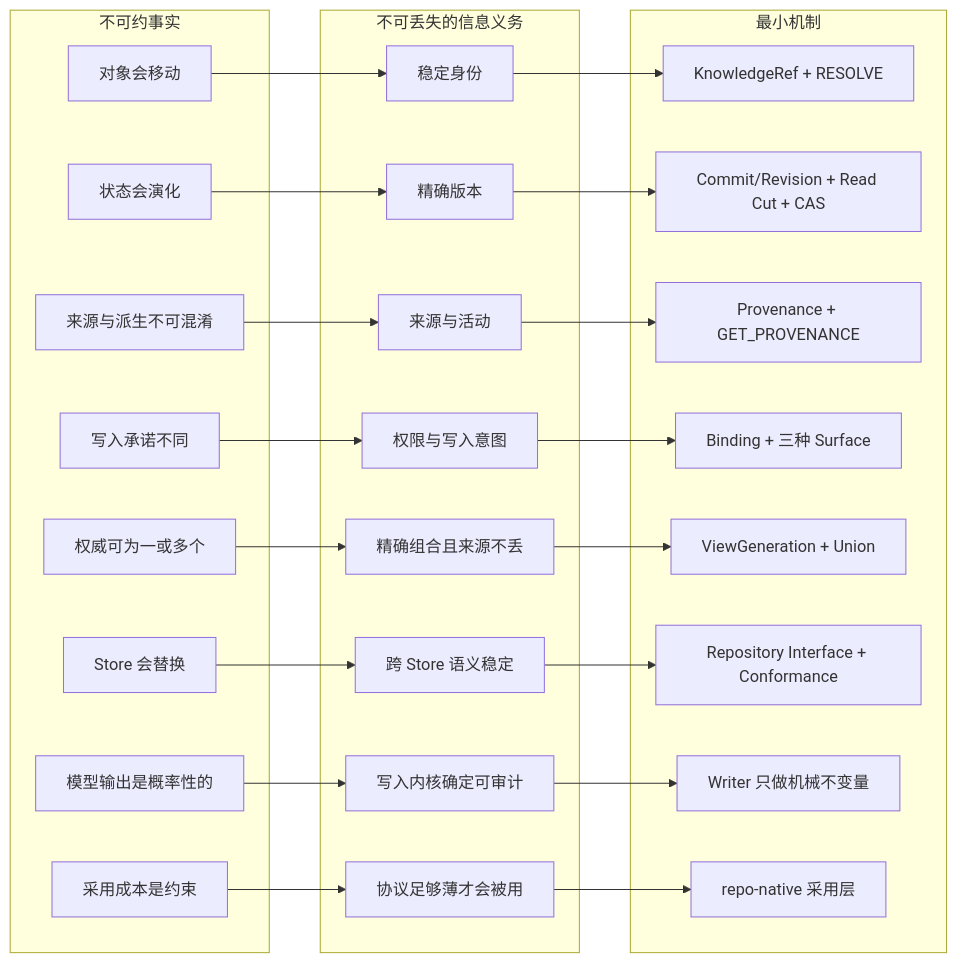
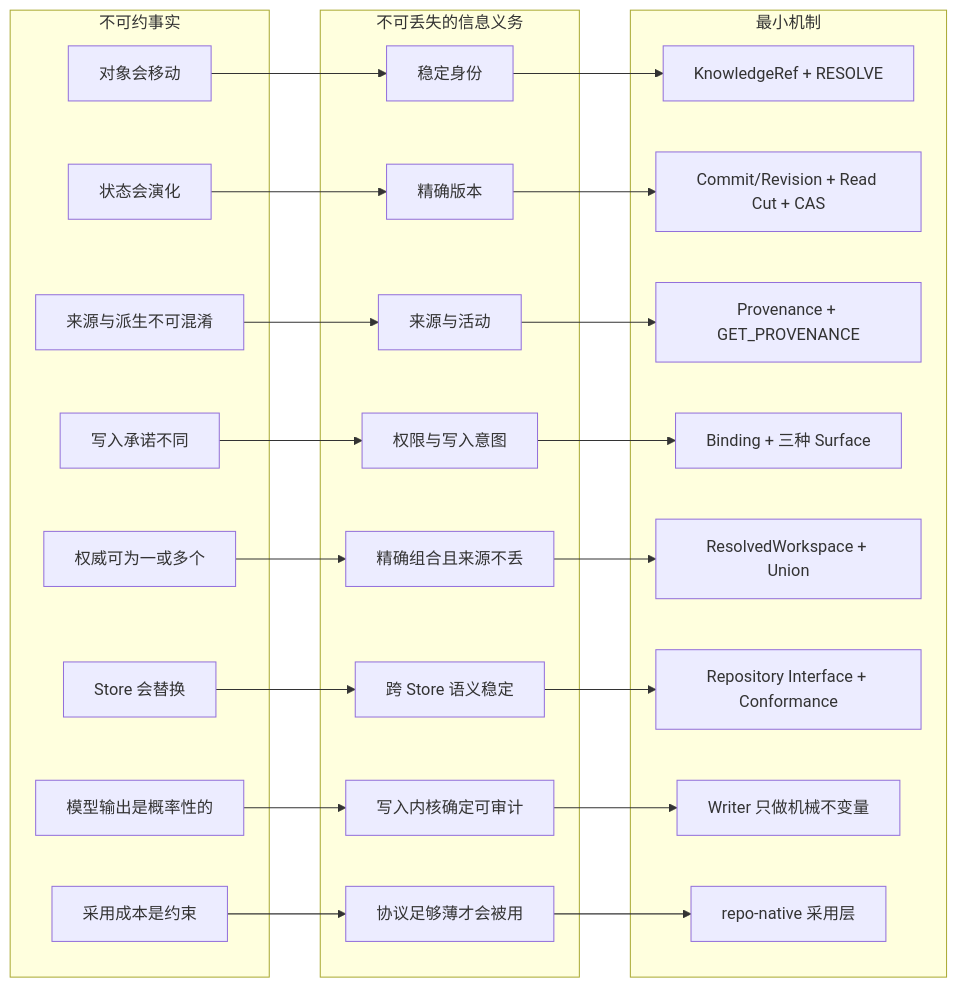
Before and after one commit to AlexKaiqi/knowledge-catalog: the first of 17 diagrams in docs/KNOWLEDGE_CATALOG_DESIGN.md, drawn with Mermaid. The commit also changed other lines of this file and 183 other files, not shown here.

````diff
--- a/docs/KNOWLEDGE_CATALOG_DESIGN.md
+++ b/docs/KNOWLEDGE_CATALOG_DESIGN.md
@@ -220,43 +221,43 @@
 ```mermaid
 %% diagram:first-principles-derivation
 flowchart LR
   subgraph Facts[不可约事实]
     F1[对象会移动]
     F2[状态会演化]
     F3[权威可为一或多个]
     F4[写入承诺不同]
     F5[来源与派生不可混淆]
     F6[模型输出是概率性的]
     F7[Store 会替换]
     F8[采用成本是约束]
   end
   subgraph Obligations[不可丢失的信息义务]
     O1[稳定身份]
     O2[精确版本]
     O3[来源与活动]
     O4[权限与写入意图]
     O5[精确组合且来源不丢]
     O6[跨 Store 语义稳定]
     O7[写入内核确定可审计]
     O8[协议足够薄才会被用]
   end
   subgraph Mechanisms[最小机制]
     M1[KnowledgeRef + RESOLVE]
     M2[Commit/Revision + Read Cut + CAS]
     M3[Provenance + GET_PROVENANCE]
     M4[Binding + 三种 Surface]
-    M5[ViewGeneration + Union]
+    M5[ResolvedWorkspace + Union]
     M6[Repository Interface + Conformance]
     M7[Writer 只做机械不变量]
     M8[repo-native 采用层]
   end
 
   F1 --> O1 --> M1
   F2 --> O2 --> M2
   F5 --> O3 --> M3
   F4 --> O4 --> M4
   F3 --> O5 --> M5
   F7 --> O6 --> M6
   F6 --> O7 --> M7
   F8 --> O8 --> M8
 ```
````
